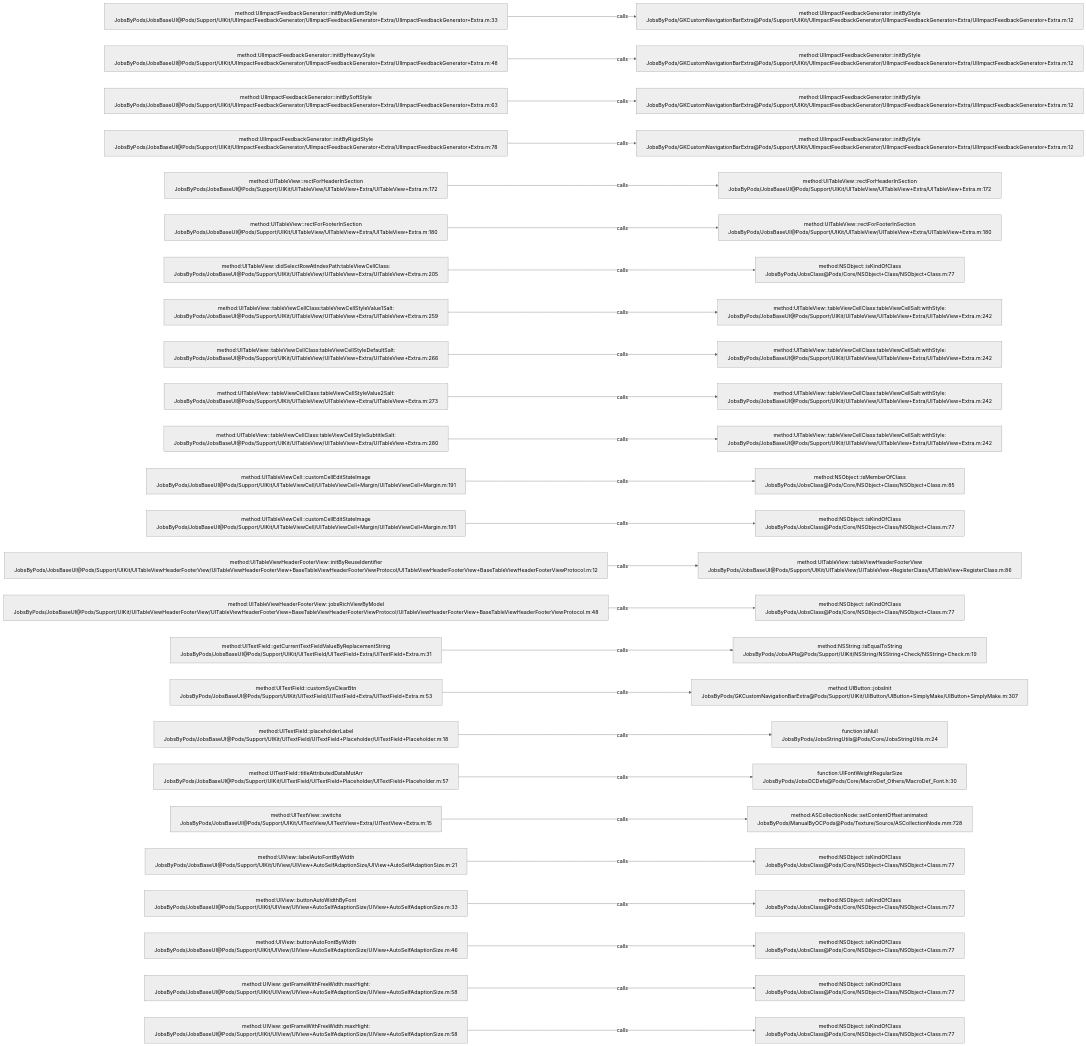
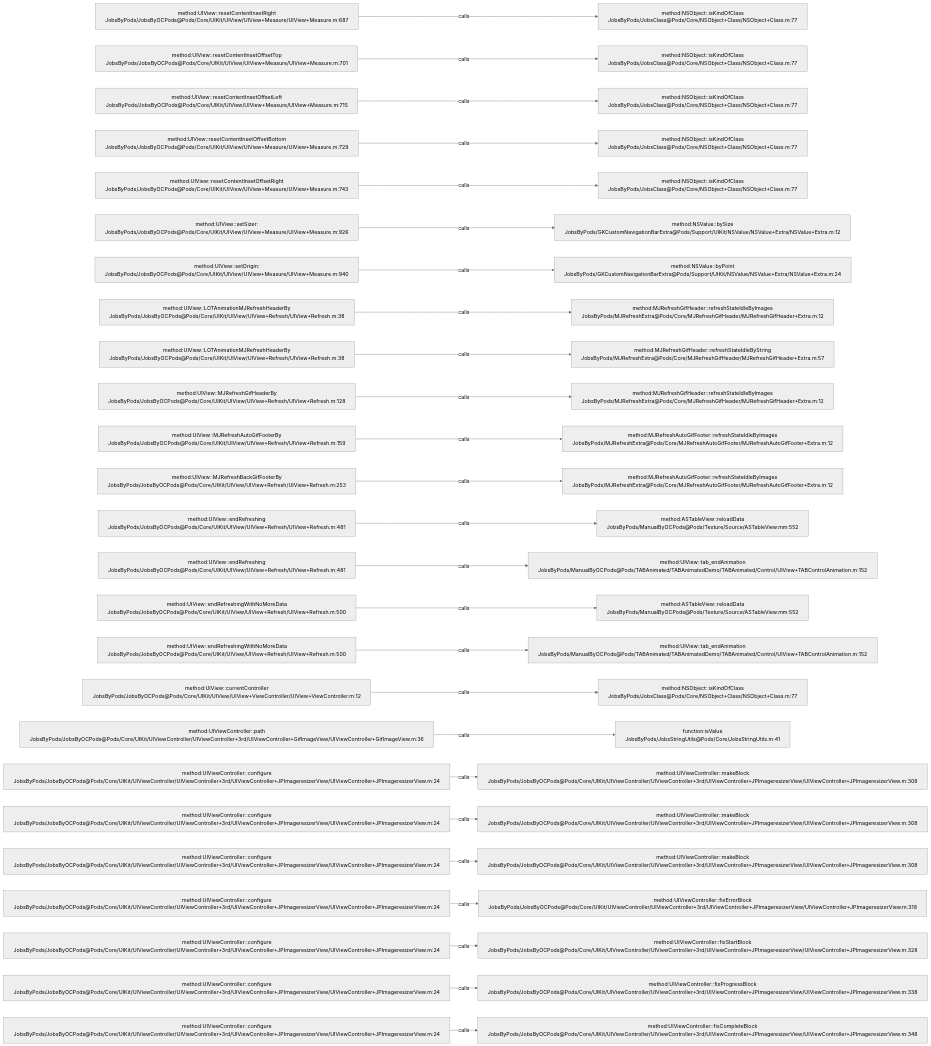
The diagram in .codegraph/codegraph.md/graphs/calls-043.md (JobsKits/JobsOCBaseConfigDemo), drawn with Mermaid (neutral theme) before and after one commit. The commit also changed 573 other files, not shown here.

````diff
--- a/.codegraph/codegraph.md/graphs/calls-043.md
+++ b/.codegraph/codegraph.md/graphs/calls-043.md
@@ -13,78 +13,78 @@
 ```mermaid
 flowchart LR
-  S1["method:UIImpactFeedbackGenerator::initByMediumStyle<br/>JobsByPods/JobsBaseUI@Pods/Support/UIKit/UIImpactFeedbackGenerator/UIImpactFeedbackGenerator+Extra/UIImpactFeedbackGenerator+Extra.m:33"]
-  T1["method:UIImpactFeedbackGenerator::initByStyle<br/>JobsByPods/GKCustomNavigationBarExtra@Pods/Support/UIKit/UIImpactFeedbackGenerator/UIImpactFeedbackGenerator+Extra/UIImpactFeedbackGenerator+Extra.m:12"]
+  S1["method:UIView::resetContentInsetRight<br/>JobsByPods/JobsByOCPods@Pods/Core/UIKit/UIView/UIView+Measure/UIView+Measure.m:687"]
+  T1["method:NSObject::isKindOfClass<br/>JobsByPods/JobsClass@Pods/Core/NSObject+Class/NSObject+Class.m:77"]
   S1 -->|calls| T1
-  S2["method:UIImpactFeedbackGenerator::initByHeavyStyle<br/>JobsByPods/JobsBaseUI@Pods/Support/UIKit/UIImpactFeedbackGenerator/UIImpactFeedbackGenerator+Extra/UIImpactFeedbackGenerator+Extra.m:48"]
-  T2["method:UIImpactFeedbackGenerator::initByStyle<br/>JobsByPods/GKCustomNavigationBarExtra@Pods/Support/UIKit/UIImpactFeedbackGenerator/UIImpactFeedbackGenerator+Extra/UIImpactFeedbackGenerator+Extra.m:12"]
+  S2["method:UIView::resetContentInsetOffsetTop<br/>JobsByPods/JobsByOCPods@Pods/Core/UIKit/UIView/UIView+Measure/UIView+Measure.m:701"]
+  T2["method:NSObject::isKindOfClass<br/>JobsByPods/JobsClass@Pods/Core/NSObject+Class/NSObject+Class.m:77"]
   S2 -->|calls| T2
-  S3["method:UIImpactFeedbackGenerator::initBySoftStyle<br/>JobsByPods/JobsBaseUI@Pods/Support/UIKit/UIImpactFeedbackGenerator/UIImpactFeedbackGenerator+Extra/UIImpactFeedbackGenerator+Extra.m:63"]
-  T3["method:UIImpactFeedbackGenerator::initByStyle<br/>JobsByPods/GKCustomNavigationBarExtra@Pods/Support/UIKit/UIImpactFeedbackGenerator/UIImpactFeedbackGenerator+Extra/UIImpactFeedbackGenerator+Extra.m:12"]
+  S3["method:UIView::resetContentInsetOffsetLeft<br/>JobsByPods/JobsByOCPods@Pods/Core/UIKit/UIView/UIView+Measure/UIView+Measure.m:715"]
+  T3["method:NSObject::isKindOfClass<br/>JobsByPods/JobsClass@Pods/Core/NSObject+Class/NSObject+Class.m:77"]
   S3 -->|calls| T3
-  S4["method:UIImpactFeedbackGenerator::initByRigidStyle<br/>JobsByPods/JobsBaseUI@Pods/Support/UIKit/UIImpactFeedbackGenerator/UIImpactFeedbackGenerator+Extra/UIImpactFeedbackGenerator+Extra.m:78"]
-  T4["method:UIImpactFeedbackGenerator::initByStyle<br/>JobsByPods/GKCustomNavigationBarExtra@Pods/Support/UIKit/UIImpactFeedbackGenerator/UIImpactFeedbackGenerator+Extra/UIImpactFeedbackGenerator+Extra.m:12"]
+  S4["method:UIView::resetContentInsetOffsetBottom<br/>JobsByPods/JobsByOCPods@Pods/Core/UIKit/UIView/UIView+Measure/UIView+Measure.m:729"]
+  T4["method:NSObject::isKindOfClass<br/>JobsByPods/JobsClass@Pods/Core/NSObject+Class/NSObject+Class.m:77"]
   S4 -->|calls| T4
-  S5["method:UITableView::rectForHeaderInSection<br/>JobsByPods/JobsBaseUI@Pods/Support/UIKit/UITableView/UITableView+Extra/UITableView+Extra.m:172"]
-  T5["method:UITableView::rectForHeaderInSection<br/>JobsByPods/JobsBaseUI@Pods/Support/UIKit/UITableView/UITableView+Extra/UITableView+Extra.m:172"]
+  S5["method:UIView::resetContentInsetOffsetRight<br/>JobsByPods/JobsByOCPods@Pods/Core/UIKit/UIView/UIView+Measure/UIView+Measure.m:743"]
+  T5["method:NSObject::isKindOfClass<br/>JobsByPods/JobsClass@Pods/Core/NSObject+Class/NSObject+Class.m:77"]
   S5 -->|calls| T5
-  S6["method:UITableView::rectForFooterInSection<br/>JobsByPods/JobsBaseUI@Pods/Support/UIKit/UITableView/UITableView+Extra/UITableView+Extra.m:180"]
-  T6["method:UITableView::rectForFooterInSection<br/>JobsByPods/JobsBaseUI@Pods/Support/UIKit/UITableView/UITableView+Extra/UITableView+Extra.m:180"]
+  S6["method:UIView::setSizer:<br/>JobsByPods/JobsByOCPods@Pods/Core/UIKit/UIView/UIView+Measure/UIView+Measure.m:926"]
+  T6["method:NSValue::bySize<br/>JobsByPods/GKCustomNavigationBarExtra@Pods/Support/UIKit/NSValue/NSValue+Extra/NSValue+Extra.m:12"]
   S6 -->|calls| T6
-  S7["method:UITableView::didSelectRowAtIndexPath:tableViewCellClass:<br/>JobsByPods/JobsBaseUI@Pods/Support/UIKit/UITableView/UITableView+Extra/UITableView+Extra.m:205"]
-  T7["method:NSObject::isKindOfClass<br/>JobsByPods/JobsClass@Pods/Core/NSObject+Class/NSObject+Class.m:77"]
+  S7["method:UIView::setOrigin:<br/>JobsByPods/JobsByOCPods@Pods/Core/UIKit/UIView/UIView+Measure/UIView+Measure.m:940"]
+  T7["method:NSValue::byPoint<br/>JobsByPods/GKCustomNavigationBarExtra@Pods/Support/UIKit/NSValue/NSValue+Extra/NSValue+Extra.m:24"]
   S7 -->|calls| T7
-  S8["method:UITableView::tableViewCellClass:tableViewCellStyleValue1Salt:<br/>JobsByPods/JobsBaseUI@Pods/Support/UIKit/UITableView/UITableView+Extra/UITableView+Extra.m:259"]
-  T8["method:UITableView::tableViewCellClass:tableViewCellSalt:withStyle:<br/>JobsByPods/JobsBaseUI@Pods/Support/UIKit/UITableView/UITableView+Extra/UITableView+Extra.m:242"]
+  S8["method:UIView::LOTAnimationMJRefreshHeaderBy<br/>JobsByPods/JobsByOCPods@Pods/Core/UIKit/UIView/UIView+Refresh/UIView+Refresh.m:38"]
+  T8["method:MJRefreshGifHeader::refreshStateIdleByImages<br/>JobsByPods/MJRefreshExtra@Pods/Core/MJRefreshGifHeader/MJRefreshGifHeader+Extra.m:12"]
   S8 -->|calls| T8
-  S9["method:UITableView::tableViewCellClass:tableViewCellStyleDefaultSalt:<br/>JobsByPods/JobsBaseUI@Pods/Support/UIKit/UITableView/UITableView+Extra/UITableView+Extra.m:266"]
-  T9["method:UITableView::tableViewCellClass:tableViewCellSalt:withStyle:<br/>JobsByPods/JobsBaseUI@Pods/Support/UIKit/UITableView/UITableView+Extra/UITableView+Extra.m:242"]
+  S9["method:UIView::LOTAnimationMJRefreshHeaderBy<br/>JobsByPods/JobsByOCPods@Pods/Core/UIKit/UIView/UIView+Refresh/UIView+Refresh.m:38"]
+  T9["method:MJRefreshGifHeader::refreshStateIdleByString<br/>JobsByPods/MJRefreshExtra@Pods/Core/MJRefreshGifHeader/MJRefreshGifHeader+Extra.m:57"]
   S9 -->|calls| T9
-  S10["method:UITableView::tableViewCellClass:tableViewCellStyleValue2Salt:<br/>JobsByPods/JobsBaseUI@Pods/Support/UIKit/UITableView/UITableView+Extra/UITableView+Extra.m:273"]
-  T10["method:UITableView::tableViewCellClass:tableViewCellSalt:withStyle:<br/>JobsByPods/JobsBaseUI@Pods/Support/UIKit/UITableView/UITableView+Extra/UITableView+Extra.m:242"]
+  S10["method:UIView::MJRefreshGifHeaderBy<br/>JobsByPods/JobsByOCPods@Pods/Core/UIKit/UIView/UIView+Refresh/UIView+Refresh.m:128"]
+  T10["method:MJRefreshGifHeader::refreshStateIdleByImages<br/>JobsByPods/MJRefreshExtra@Pods/Core/MJRefreshGifHeader/MJRefreshGifHeader+Extra.m:12"]
   S10 -->|calls| T10
-  S11["method:UITableView::tableViewCellClass:tableViewCellStyleSubtitleSalt:<br/>JobsByPods/JobsBaseUI@Pods/Support/UIKit/UITableView/UITableView+Extra/UITableView+Extra.m:280"]
-  T11["method:UITableView::tableViewCellClass:tableViewCellSalt:withStyle:<br/>JobsByPods/JobsBaseUI@Pods/Support/UIKit/UITableView/UITableView+Extra/UITableView+Extra.m:242"]
+  S11["method:UIView::MJRefreshAutoGifFooterBy<br/>JobsByPods/JobsByOCPods@Pods/Core/UIKit/UIView/UIView+Refresh/UIView+Refresh.m:159"]
+  T11["method:MJRefreshAutoGifFooter::refreshStateIdleByImages<br/>JobsByPods/MJRefreshExtra@Pods/Core/MJRefreshAutoGifFooter/MJRefreshAutoGifFooter+Extra.m:12"]
   S11 -->|calls| T11
-  S12["method:UITableViewCell::customCellEditStateImage<br/>JobsByPods/JobsBaseUI@Pods/Support/UIKit/UITableViewCell/UITableViewCell+Margin/UITableViewCell+Margin.m:191"]
-  T12["method:NSObject::isMemberOfClass<br/>JobsByPods/JobsClass@Pods/Core/NSObject+Class/NSObject+Class.m:85"]
+  S12["method:UIView::MJRefreshBackGifFooterBy<br/>JobsByPods/JobsByOCPods@Pods/Core/UIKit/UIView/UIView+Refresh/UIView+Refresh.m:253"]
+  T12["method:MJRefreshAutoGifFooter::refreshStateIdleByImages<br/>JobsByPods/MJRefreshExtra@Pods/Core/MJRefreshAutoGifFooter/MJRefreshAutoGifFooter+Extra.m:12"]
   S12 -->|calls| T12
-  S13["method:UITableViewCell::customCellEditStateImage<br/>JobsByPods/JobsBaseUI@Pods/Support/UIKit/UITableViewCell/UITableViewCell+Margin/UITableViewCell+Margin.m:191"]
-  T13["method:NSObject::isKindOfClass<br/>JobsByPods/JobsClass@Pods/Core/NSObject+Class/NSObject+Class.m:77"]
+  S13["method:UIView::endRefreshing<br/>JobsByPods/JobsByOCPods@Pods/Core/UIKit/UIView/UIView+Refresh/UIView+Refresh.m:481"]
+  T13["method:ASTableView::reloadData<br/>JobsByPods/ManualByOCPods@Pods/Texture/Source/ASTableView.mm:552"]
   S13 -->|calls| T13
-  S14["method:UITableViewHeaderFooterView::initByReuseIdentifier<br/>JobsByPods/JobsBaseUI@Pods/Support/UIKit/UITableViewHeaderFooterView/UITableViewHeaderFooterView+BaseTableViewHeaderFooterViewProtocol/UITableViewHeaderFooterView+BaseTableViewHeaderFooterViewProtocol.m:12"]
-  T14["method:UITableView::tableViewHeaderFooterView<br/>JobsByPods/JobsBaseUI@Pods/Support/UIKit/UITableView/UITableView+RegisterClass/UITableView+RegisterClass.m:86"]
+  S14["method:UIView::endRefreshing<br/>JobsByPods/JobsByOCPods@Pods/Core/UIKit/UIView/UIView+Refresh/UIView+Refresh.m:481"]
+  T14["method:UIView::tab_endAnimation<br/>JobsByPods/ManualByOCPods@Pods/TABAnimated/TABAnimatedDemo/TABAnimated/Control/UIView+TABControlAnimation.m:152"]
   S14 -->|calls| T14
-  S15["method:UITableViewHeaderFooterView::jobsRichViewByModel<br/>JobsByPods/JobsBaseUI@Pods/Support/UIKit/UITableViewHeaderFooterView/UITableViewHeaderFooterView+BaseTableViewHeaderFooterViewProtocol/UITableViewHeaderFooterView+BaseTableViewHeaderFooterViewProtocol.m:48"]
-  T15["method:NSObject::isKindOfClass<br/>JobsByPods/JobsClass@Pods/Core/NSObject+Class/NSObject+Class.m:77"]
+  S15["method:UIView::endRefreshingWithNoMoreData<br/>JobsByPods/JobsByOCPods@Pods/Core/UIKit/UIView/UIView+Refresh/UIView+Refresh.m:500"]
+  T15["method:ASTableView::reloadData<br/>JobsByPods/ManualByOCPods@Pods/Texture/Source/ASTableView.mm:552"]
   S15 -->|calls| T15
-  S16["method:UITextField::getCurrentTextFieldValueByReplacementString<br/>JobsByPods/JobsBaseUI@Pods/Support/UIKit/UITextField/UITextField+Extra/UITextField+Extra.m:31"]
-  T16["method:NSString::isEqualToString<br/>JobsByPods/JobsAPIs@Pods/Support/UIKit/NSString/NSString+Check/NSString+Check.m:19"]
+  S16["method:UIView::endRefreshingWithNoMoreData<br/>JobsByPods/JobsByOCPods@Pods/Core/UIKit/UIView/UIView+Refresh/UIView+Refresh.m:500"]
+  T16["method:UIView::tab_endAnimation<br/>JobsByPods/ManualByOCPods@Pods/TABAnimated/TABAnimatedDemo/TABAnimated/Control/UIView+TABControlAnimation.m:152"]
   S16 -->|calls| T16
-  S17["method:UITextField::customSysClearBtn<br/>JobsByPods/JobsBaseUI@Pods/Support/UIKit/UITextField/UITextField+Extra/UITextField+Extra.m:53"]
-  T17["method:UIButton::jobsInit<br/>JobsByPods/GKCustomNavigationBarExtra@Pods/Support/UIKit/UIButton/UIButton+SimplyMake/UIButton+SimplyMake.m:307"]
+  S17["method:UIView::currentController<br/>JobsByPods/JobsByOCPods@Pods/Core/UIKit/UIView/UIView+ViewController/UIView+ViewController.m:12"]
+  T17["method:NSObject::isKindOfClass<br/>JobsByPods/JobsClass@Pods/Core/NSObject+Class/NSObject+Class.m:77"]
   S17 -->|calls| T17
-  S18["method:UITextField::placeholderLabel<br/>JobsByPods/JobsBaseUI@Pods/Support/UIKit/UITextField/UITextField+Placeholder/UITextField+Placeholder.m:18"]
-  T18["function:isNull<br/>JobsByPods/JobsStringUtils@Pods/Core/JobsStringUtils.m:24"]
+  S18["method:UIViewController::path<br/>JobsByPods/JobsByOCPods@Pods/Core/UIKit/UIViewController/UIViewController+3rd/UIViewController+GifImageView/UIViewController+GifImageView.m:36"]
+  T18["function:isValue<br/>JobsByPods/JobsStringUtils@Pods/Core/JobsStringUtils.m:41"]
   S18 -->|calls| T18
-  S19["method:UITextField::titleAttributedDataMutArr<br/>JobsByPods/JobsBaseUI@Pods/Support/UIKit/UITextField/UITextField+Placeholder/UITextField+Placeholder.m:57"]
-  T19["function:UIFontWeightRegularSize<br/>JobsByPods/JobsOCDefs@Pods/Core/MacroDef_Others/MacroDef_Font.h:30"]
+  S19["method:UIViewController::configure<br/>JobsByPods/JobsByOCPods@Pods/Core/UIKit/UIViewController/UIViewController+3rd/UIViewController+JPImageresizerView/UIViewController+JPImageresizerView.m:24"]
+  T19["method:UIViewController::makeBlock<br/>JobsByPods/JobsByOCPods@Pods/Core/UIKit/UIViewController/UIViewController+3rd/UIViewController+JPImageresizerView/UIViewController+JPImageresizerView.m:308"]
   S19 -->|calls| T19
-  S20["method:UITextView::switchs<br/>JobsByPods/JobsBaseUI@Pods/Support/UIKit/UITextView/UITextView+Extra/UITextView+Extra.m:15"]
-  T20["method:ASCollectionNode::setContentOffset:animated:<br/>JobsByPods/ManualByOCPods@Pods/Texture/Source/ASCollectionNode.mm:728"]
+  S20["method:UIViewController::configure<br/>JobsByPods/JobsByOCPods@Pods/Core/UIKit/UIViewController/UIViewController+3rd/UIViewController+JPImageresizerView/UIViewController+JPImageresizerView.m:24"]
+  T20["method:UIViewController::makeBlock<br/>JobsByPods/JobsByOCPods@Pods/Core/UIKit/UIViewController/UIViewController+3rd/UIViewController+JPImageresizerView/UIViewController+JPImageresizerView.m:308"]
   S20 -->|calls| T20
-  S21["method:UIView::labelAutoFontByWidth<br/>JobsByPods/JobsBaseUI@Pods/Support/UIKit/UIView/UIView+AutoSelfAdaptionSize/UIView+AutoSelfAdaptionSize.m:21"]
-  T21["method:NSObject::isKindOfClass<br/>JobsByPods/JobsClass@Pods/Core/NSObject+Class/NSObject+Class.m:77"]
+  S21["method:UIViewController::configure<br/>JobsByPods/JobsByOCPods@Pods/Core/UIKit/UIViewController/UIViewController+3rd/UIViewController+JPImageresizerView/UIViewController+JPImageresizerView.m:24"]
+  T21["method:UIViewController::makeBlock<br/>JobsByPods/JobsByOCPods@Pods/Core/UIKit/UIViewController/UIViewController+3rd/UIViewController+JPImageresizerView/UIViewController+JPImageresizerView.m:308"]
   S21 -->|calls| T21
-  S22["method:UIView::buttonAutoWidthByFont<br/>JobsByPods/JobsBaseUI@Pods/Support/UIKit/UIView/UIView+AutoSelfAdaptionSize/UIView+AutoSelfAdaptionSize.m:33"]
-  T22["method:NSObject::isKindOfClass<br/>JobsByPods/JobsClass@Pods/Core/NSObject+Class/NSObject+Class.m:77"]
+  S22["method:UIViewController::configure<br/>JobsByPods/JobsByOCPods@Pods/Core/UIKit/UIViewController/UIViewController+3rd/UIViewController+JPImageresizerView/UIViewController+JPImageresizerView.m:24"]
+  T22["method:UIViewController::fixErrorBlock<br/>JobsByPods/JobsByOCPods@Pods/Core/UIKit/UIViewController/UIViewController+3rd/UIViewController+JPImageresizerView/UIViewController+JPImageresizerView.m:318"]
   S22 -->|calls| T22
-  S23["method:UIView::buttonAutoFontByWidth<br/>JobsByPods/JobsBaseUI@Pods/Support/UIKit/UIView/UIView+AutoSelfAdaptionSize/UIView+AutoSelfAdaptionSize.m:46"]
-  T23["method:NSObject::isKindOfClass<br/>JobsByPods/JobsClass@Pods/Core/NSObject+Class/NSObject+Class.m:77"]
+  S23["method:UIViewController::configure<br/>JobsByPods/JobsByOCPods@Pods/Core/UIKit/UIViewController/UIViewController+3rd/UIViewController+JPImageresizerView/UIViewController+JPImageresizerView.m:24"]
+  T23["method:UIViewController::fixStartBlock<br/>JobsByPods/JobsByOCPods@Pods/Core/UIKit/UIViewController/UIViewController+3rd/UIViewController+JPImageresizerView/UIViewController+JPImageresizerView.m:328"]
   S23 -->|calls| T23
-  S24["method:UIView::getFrameWithFreeWidth:maxHight:<br/>JobsByPods/JobsBaseUI@Pods/Support/UIKit/UIView/UIView+AutoSelfAdaptionSize/UIView+AutoSelfAdaptionSize.m:58"]
-  T24["method:NSObject::isKindOfClass<br/>JobsByPods/JobsClass@Pods/Core/NSObject+Class/NSObject+Class.m:77"]
+  S24["method:UIViewController::configure<br/>JobsByPods/JobsByOCPods@Pods/Core/UIKit/UIViewController/UIViewController+3rd/UIViewController+JPImageresizerView/UIViewController+JPImageresizerView.m:24"]
+  T24["method:UIViewController::fixProgressBlock<br/>JobsByPods/JobsByOCPods@Pods/Core/UIKit/UIViewController/UIViewController+3rd/UIViewController+JPImageresizerView/UIViewController+JPImageresizerView.m:338"]
   S24 -->|calls| T24
-  S25["method:UIView::getFrameWithFreeWidth:maxHight:<br/>JobsByPods/JobsBaseUI@Pods/Support/UIKit/UIView/UIView+AutoSelfAdaptionSize/UIView+AutoSelfAdaptionSize.m:58"]
-  T25["method:NSObject::isKindOfClass<br/>JobsByPods/JobsClass@Pods/Core/NSObject+Class/NSObject+Class.m:77"]
+  S25["method:UIViewController::configure<br/>JobsByPods/JobsByOCPods@Pods/Core/UIKit/UIViewController/UIViewController+3rd/UIViewController+JPImageresizerView/UIViewController+JPImageresizerView.m:24"]
+  T25["method:UIViewController::fixCompleteBlock<br/>JobsByPods/JobsByOCPods@Pods/Core/UIKit/UIViewController/UIViewController+3rd/UIViewController+JPImageresizerView/UIViewController+JPImageresizerView.m:348"]
   S25 -->|calls| T25
 ```
````
